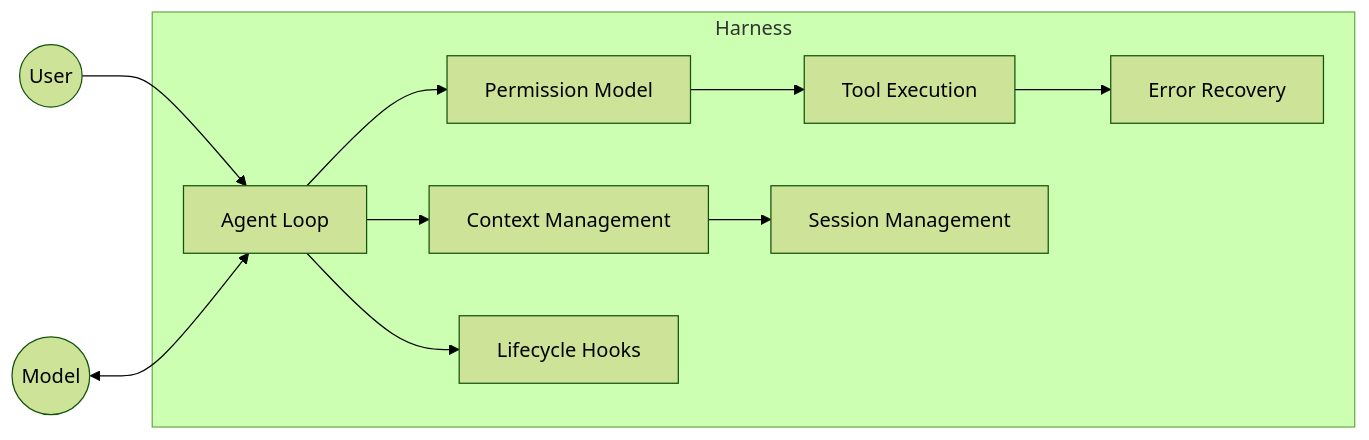
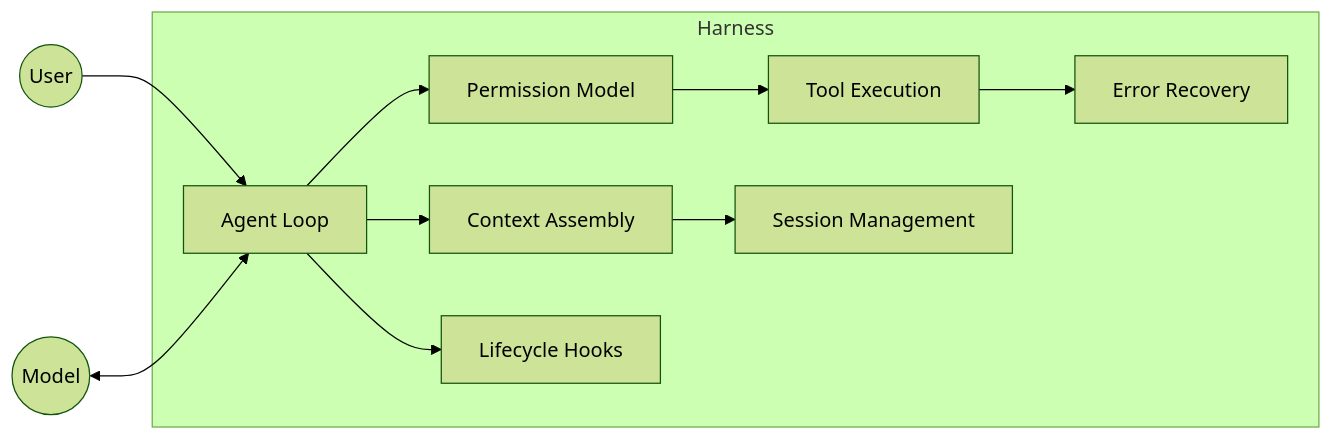
Before and after one commit to alivedise/agentic-engineering-essentials: the diagram in docs/en/Harness Engineering/700.md, drawn with Mermaid (forest theme). The commit also changed 1 other file, not shown here.

Commit message:
fix(AEE-700): correct Mermaid node label to Context Assembly; standardize 代理 terminology in zh-TW

````diff
--- a/docs/en/Harness Engineering/700.md
+++ b/docs/en/Harness Engineering/700.md
@@ -81,20 +81,20 @@
 ```mermaid
 graph LR
     subgraph Harness
         AL[Agent Loop]
         TE[Tool Execution]
-        CA[Context Management]
+        CA[Context Assembly]
         SM[Session Management]
         PM[Permission Model]
         ER[Error Recovery]
         LH[Lifecycle Hooks]
     end
     U((User)) --> AL
     AL --> CA
     AL --> PM
     PM --> TE
     TE --> ER
     CA --> SM
     AL --> LH
     M((Model)) <--> AL
 ```
````
